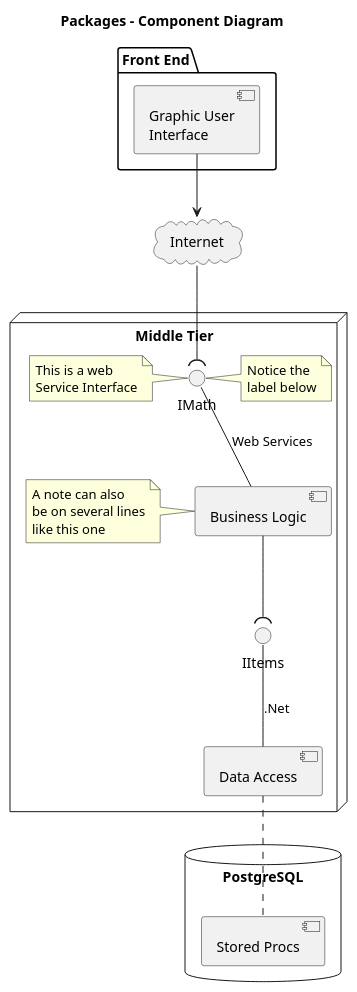
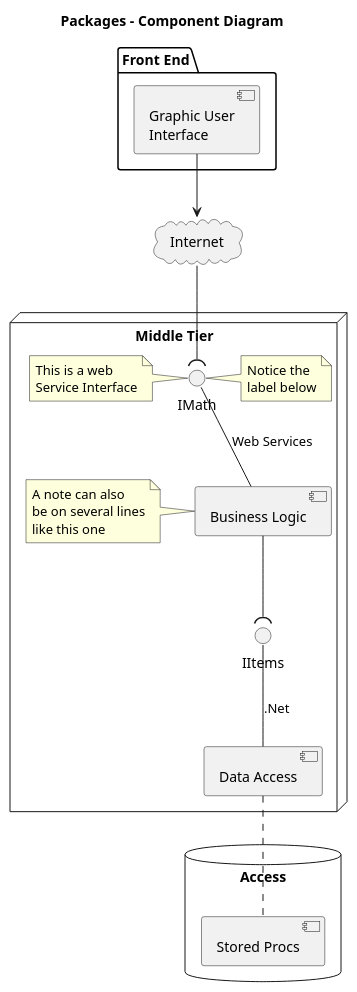
The diagram in images/testother.iuml (nkparmar/hello-world), drawn with PlantUML before and after one commit.

```diff
--- a/images/testother.iuml
+++ b/images/testother.iuml
@@ -1,41 +1,41 @@
 @startuml
 
 skinparam componentStyle uml2
 
 title Packages - Component Diagram
 
 package "Front End" {
     component [Graphic User\nInterface] as GUI
 }
 
 cloud Internet {
 }
  
 node "Middle Tier" {
     [Business Logic]
     [Data Access] as DA  
     interface IMath as Math
     note left of Math : This is a web\nService Interface
     note right of Math : Notice the\nlabel below
     interface "IItems" as Items
     
     note left of [Business Logic]
         A note can also
         be on several lines
         like this one
     end note
     
 } 
 
-database "PostgreSQL\n" {
+database "Access\n" {
     [Stored Procs]
 }
 
 GUI -down-> Internet
 Internet -down-( Math
 [Business Logic] -up- Math : Web Services
 DA -up- Items  : .Net
 [Business Logic] --( Items
 DA .. [Stored Procs]
 
 @enduml
```
